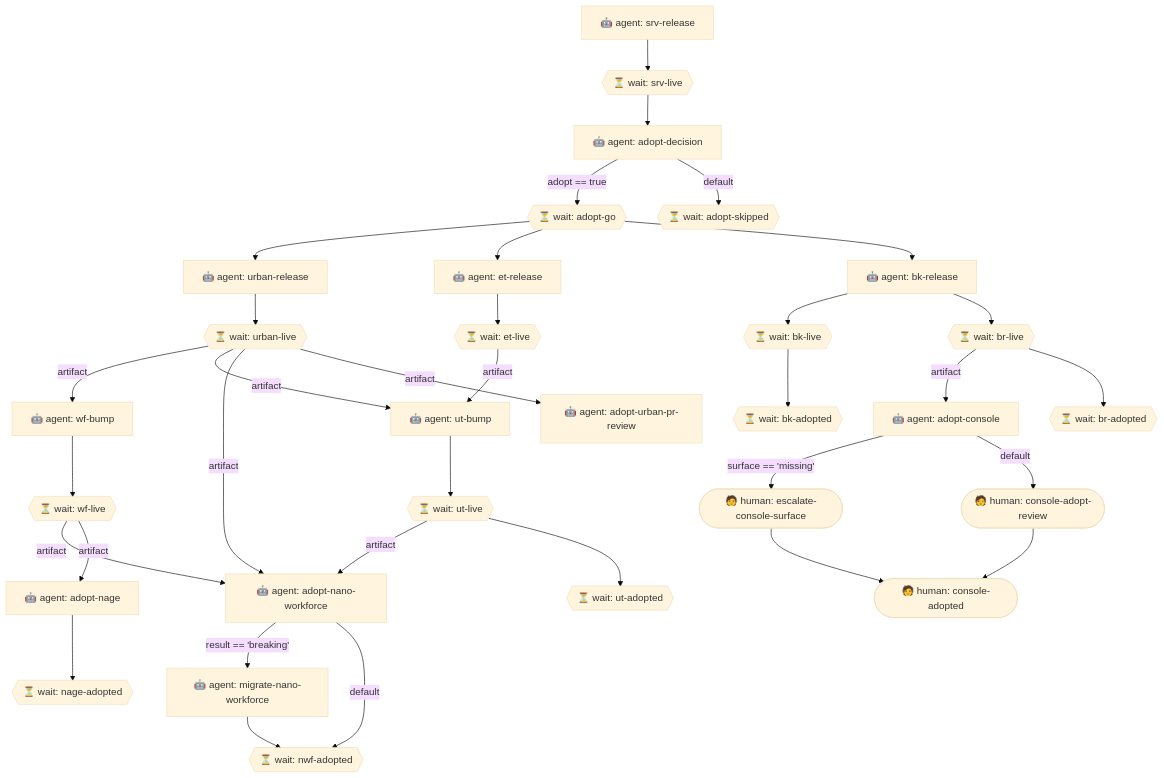
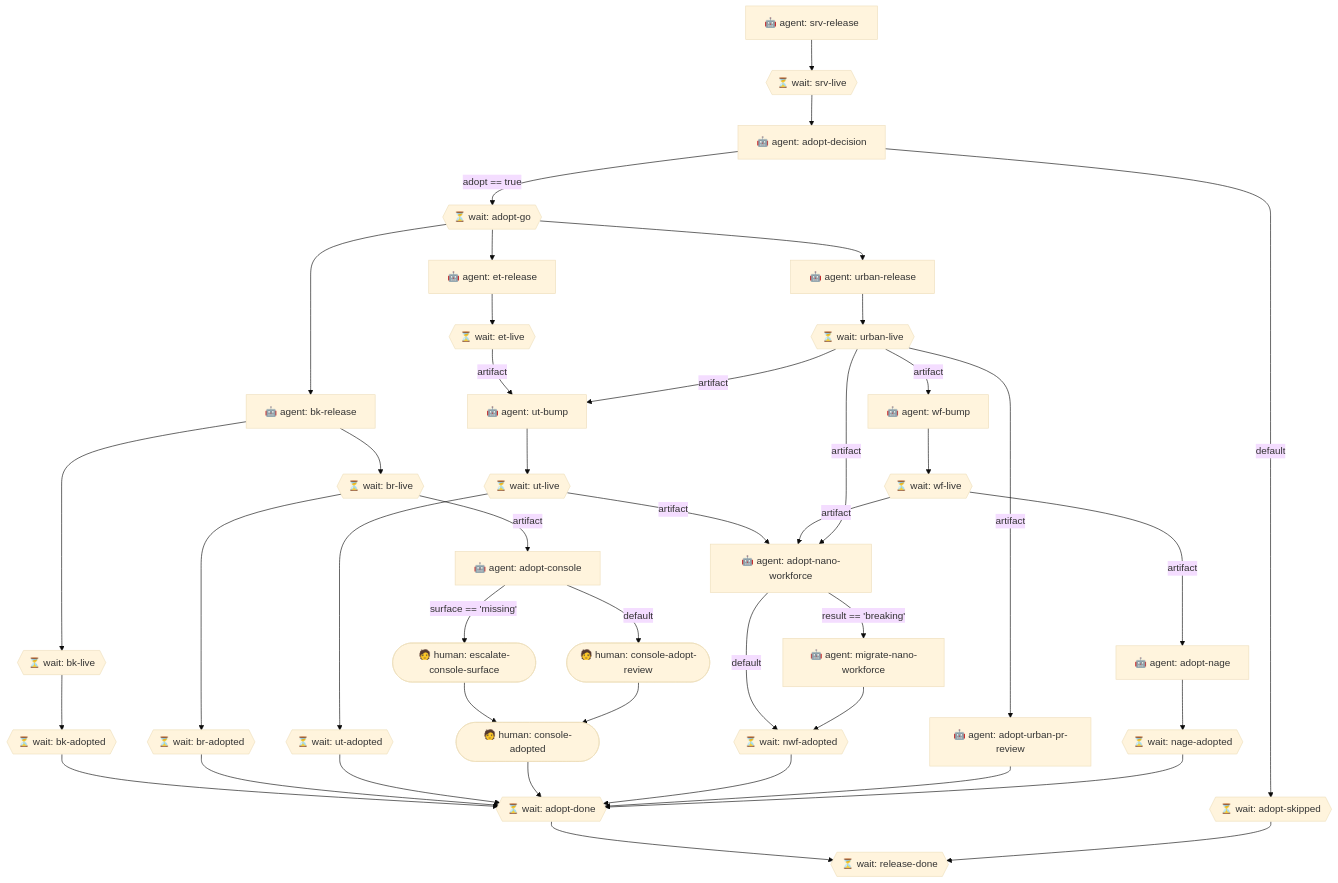
The diagram in docs/graph.mmd (nanobpm/wasm-engine-release-graph), drawn with Mermaid (base theme) before and after one commit. The commit also changed 1 other file, not shown here.

Commit message:
fix(graph): re-converge the conditional adoption tails before the end (#6)

```diff
--- a/docs/graph.mmd
+++ b/docs/graph.mmd
@@ -1,64 +1,75 @@
 flowchart TD
   %% nano server release (gateway + engine-wasm) with conditional downstream adoption
   adopt-console["🤖 agent: adopt-console"]
   adopt-decision["🤖 agent: adopt-decision"]
+  adopt-done{{"⏳ wait: adopt-done"}}
   adopt-go{{"⏳ wait: adopt-go"}}
   adopt-nage["🤖 agent: adopt-nage"]
   adopt-nano-workforce["🤖 agent: adopt-nano-workforce"]
   adopt-skipped{{"⏳ wait: adopt-skipped"}}
   adopt-urban-pr-review["🤖 agent: adopt-urban-pr-review"]
   bk-adopted{{"⏳ wait: bk-adopted"}}
   bk-live{{"⏳ wait: bk-live"}}
   bk-release["🤖 agent: bk-release"]
   br-adopted{{"⏳ wait: br-adopted"}}
   br-live{{"⏳ wait: br-live"}}
   console-adopt-review(["🧑 human: console-adopt-review"])
   console-adopted(["🧑 human: console-adopted"])
   escalate-console-surface(["🧑 human: escalate-console-surface"])
   et-live{{"⏳ wait: et-live"}}
   et-release["🤖 agent: et-release"]
   migrate-nano-workforce["🤖 agent: migrate-nano-workforce"]
   nage-adopted{{"⏳ wait: nage-adopted"}}
   nwf-adopted{{"⏳ wait: nwf-adopted"}}
+  release-done{{"⏳ wait: release-done"}}
   srv-live{{"⏳ wait: srv-live"}}
   srv-release["🤖 agent: srv-release"]
   urban-live{{"⏳ wait: urban-live"}}
   urban-release["🤖 agent: urban-release"]
   ut-adopted{{"⏳ wait: ut-adopted"}}
   ut-bump["🤖 agent: ut-bump"]
   ut-live{{"⏳ wait: ut-live"}}
   wf-bump["🤖 agent: wf-bump"]
   wf-live{{"⏳ wait: wf-live"}}
   srv-release --> srv-live
   srv-live --> adopt-decision
   adopt-decision -- "adopt == true" --> adopt-go
   adopt-decision -- "default" --> adopt-skipped
   adopt-go --> urban-release
   adopt-go --> et-release
   et-release --> et-live
   adopt-go --> bk-release
   bk-release --> bk-live
   urban-release --> urban-live
   urban-live -- "artifact" --> wf-bump
   wf-bump --> wf-live
   et-live -- "artifact" --> ut-bump
   urban-live -- "artifact" --> ut-bump
   ut-bump --> ut-live
   br-live -- "artifact" --> adopt-console
   adopt-console -- "surface == 'missing'" --> escalate-console-surface
   adopt-console -- "default" --> console-adopt-review
   escalate-console-surface --> console-adopted
   console-adopt-review --> console-adopted
   ut-live -- "artifact" --> adopt-nano-workforce
   wf-live -- "artifact" --> adopt-nano-workforce
   urban-live -- "artifact" --> adopt-nano-workforce
   bk-live --> bk-adopted
   br-live --> br-adopted
   ut-live --> ut-adopted
   adopt-nano-workforce -- "result == 'breaking'" --> migrate-nano-workforce
   adopt-nano-workforce -- "default" --> nwf-adopted
   migrate-nano-workforce --> nwf-adopted
   urban-live -- "artifact" --> adopt-urban-pr-review
   bk-release --> br-live
   wf-live -- "artifact" --> adopt-nage
   adopt-nage --> nage-adopted
+  bk-adopted --> adopt-done
+  br-adopted --> adopt-done
+  ut-adopted --> adopt-done
+  console-adopted --> adopt-done
+  nwf-adopted --> adopt-done
+  adopt-urban-pr-review --> adopt-done
+  nage-adopted --> adopt-done
+  adopt-done --> release-done
+  adopt-skipped --> release-done
```
